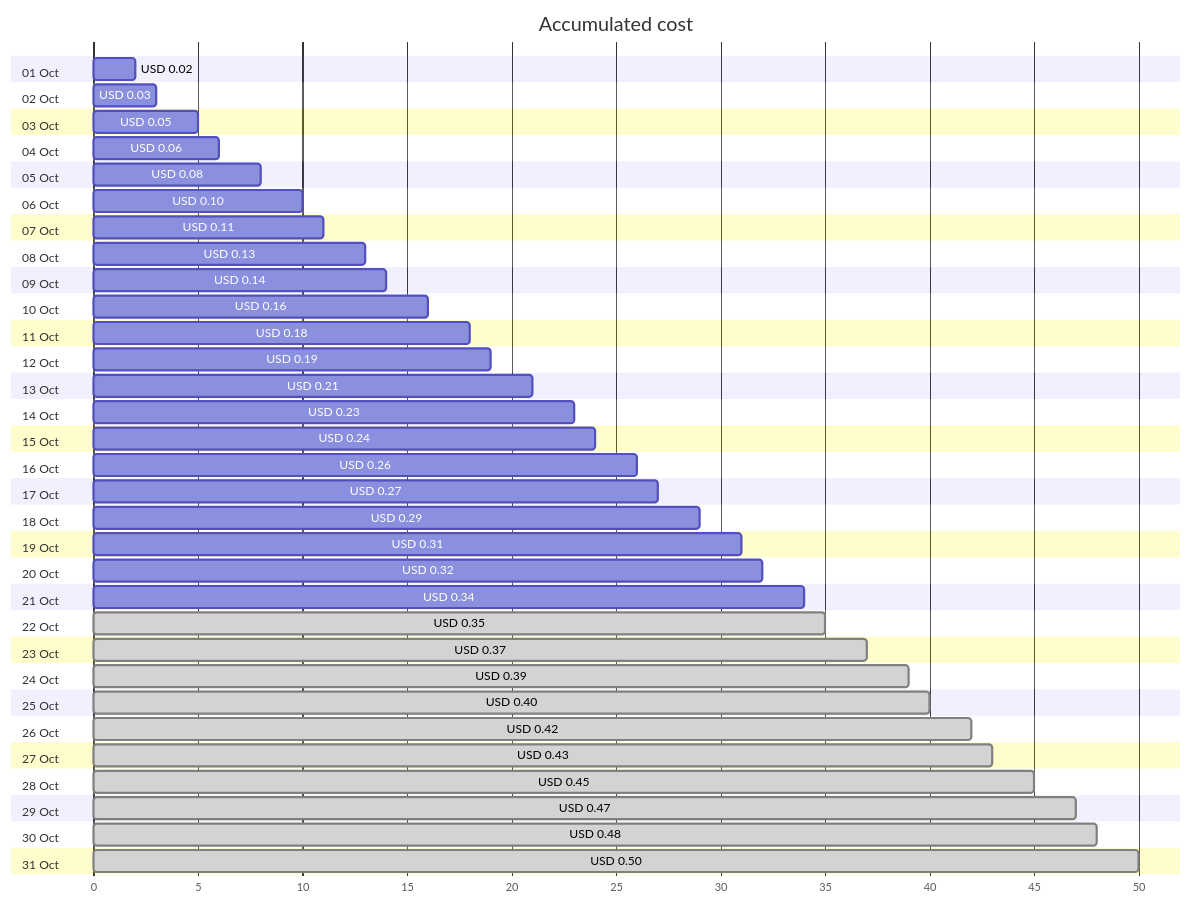
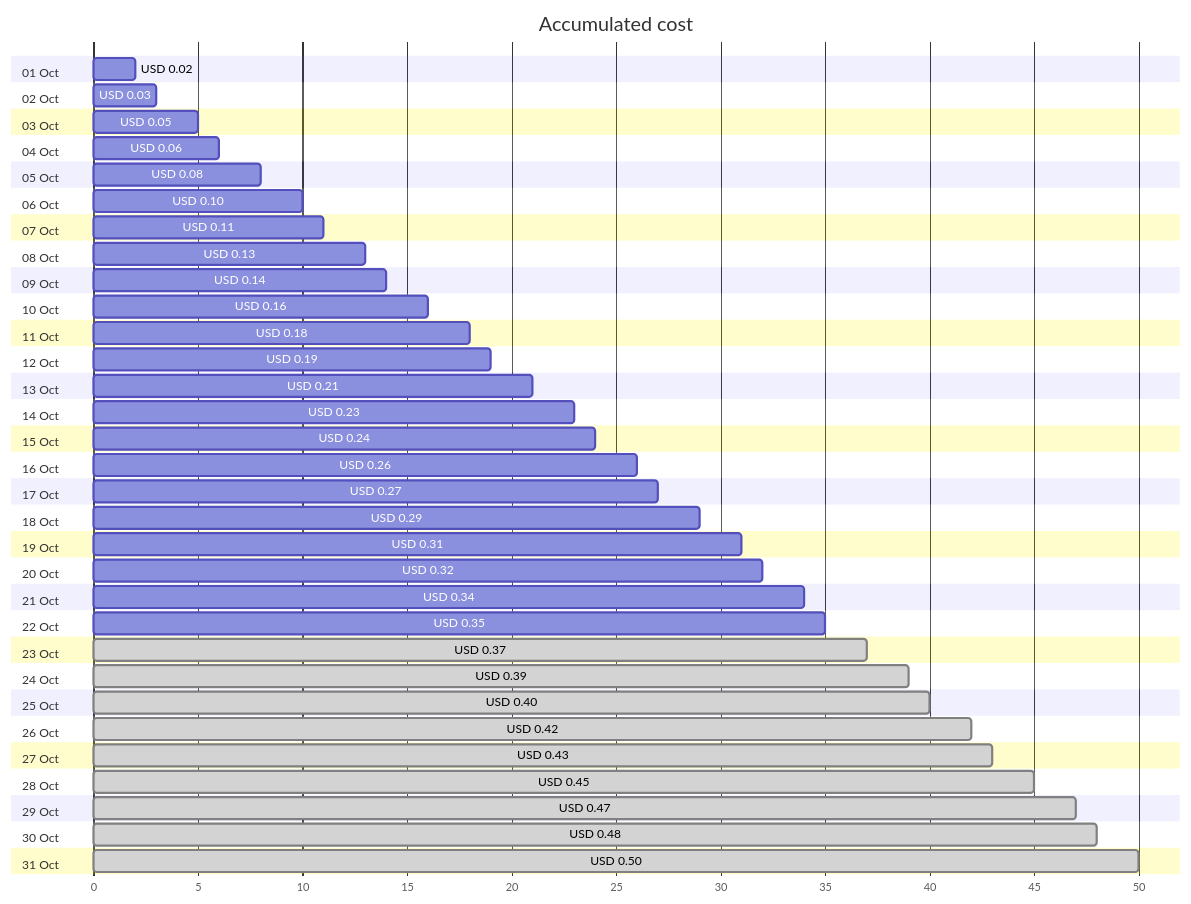
The first of 4 diagrams in cost-reports/personal-network/private.jpatrickfulton.com.md (jpfulton/azure-personal-reports), drawn with Mermaid before and after one commit. The commit also changed other lines of this file and 8 other files, not shown here.

````diff
--- a/cost-reports/personal-network/private.jpatrickfulton.com.md
+++ b/cost-reports/personal-network/private.jpatrickfulton.com.md
@@ -20,68 +20,68 @@
 ```mermaid
 gantt
    title Accumulated cost
    dateFormat  X
    axisFormat %s
    section 01 Oct
    USD 0.02 :0, 2
    section 02 Oct
    USD 0.03 :0, 3
    section 03 Oct
    USD 0.05 :0, 5
    section 04 Oct
    USD 0.06 :0, 6
    section 05 Oct
    USD 0.08 :0, 8
    section 06 Oct
    USD 0.10 :0, 10
    section 07 Oct
    USD 0.11 :0, 11
    section 08 Oct
    USD 0.13 :0, 13
    section 09 Oct
    USD 0.14 :0, 14
    section 10 Oct
    USD 0.16 :0, 16
    section 11 Oct
    USD 0.18 :0, 18
    section 12 Oct
    USD 0.19 :0, 19
    section 13 Oct
    USD 0.21 :0, 21
    section 14 Oct
    USD 0.23 :0, 23
    section 15 Oct
    USD 0.24 :0, 24
    section 16 Oct
    USD 0.26 :0, 26
    section 17 Oct
    USD 0.27 :0, 27
    section 18 Oct
    USD 0.29 :0, 29
    section 19 Oct
    USD 0.31 :0, 31
    section 20 Oct
    USD 0.32 :0, 32
    section 21 Oct
    USD 0.34 :0, 34
    section 22 Oct
-   USD 0.35 : done, 0, 35
+   USD 0.35 :0, 35
    section 23 Oct
    USD 0.37 : done, 0, 37
    section 24 Oct
    USD 0.39 : done, 0, 39
    section 25 Oct
    USD 0.40 : done, 0, 40
    section 26 Oct
    USD 0.42 : done, 0, 42
    section 27 Oct
    USD 0.43 : done, 0, 43
    section 28 Oct
    USD 0.45 : done, 0, 45
    section 29 Oct
    USD 0.47 : done, 0, 47
    section 30 Oct
    USD 0.48 : done, 0, 48
    section 31 Oct
    USD 0.50 : done, 0, 50
 ```
````
